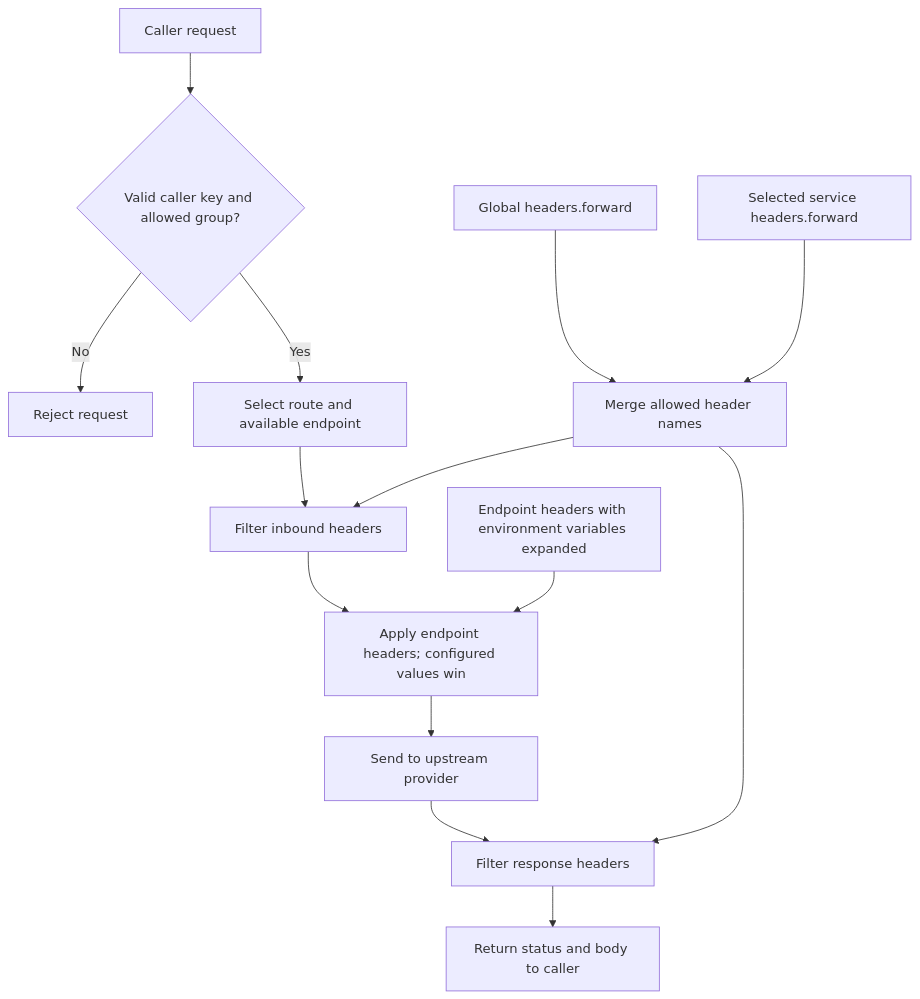
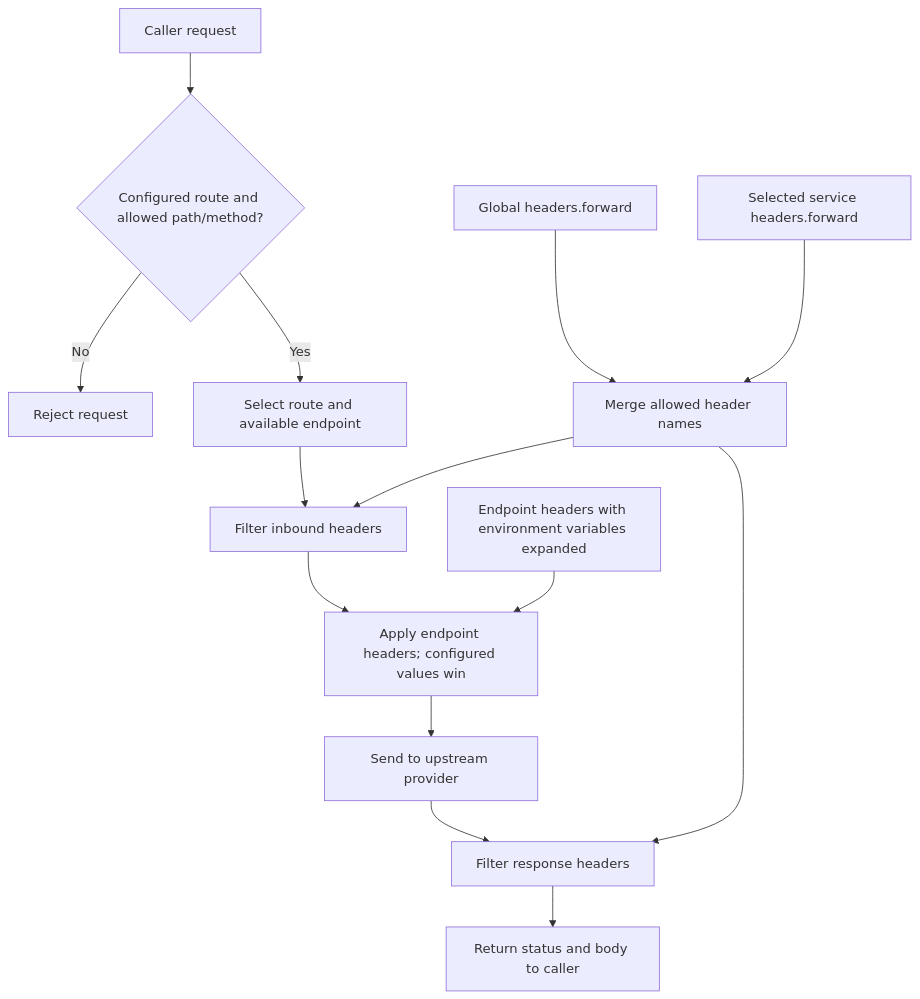
One commit to gemwalletcom/wallet changed the diagram in docs/EGRESS.md. Above: the diagram before and after it, drawn with Mermaid. The commit also changed other lines of this file and 72 other files, not shown here.

````diff
--- a/docs/EGRESS.md
+++ b/docs/EGRESS.md
@@ -9,16 +19,16 @@
 ```mermaid
 flowchart TD
-    Request["Caller request"] --> Access{"Valid caller key and allowed group?"}
+    Request["Caller request"] --> Access{"Configured route and allowed path/method?"}
     Access -->|No| Reject["Reject request"]
     Access -->|Yes| Route["Select route and available endpoint"]
     Route --> Filter["Filter inbound headers"]
     Global["Global headers.forward"] --> Allowed["Merge allowed header names"]
     Service["Selected service headers.forward"] --> Allowed
     Allowed --> Filter
     Filter --> Inject["Apply endpoint headers; configured values win"]
     Credentials["Endpoint headers with environment variables expanded"] --> Inject
     Inject --> Upstream["Send to upstream provider"]
     Upstream --> Response["Filter response headers"]
     Allowed --> Response
     Response --> Caller["Return status and body to caller"]
 ```
````
